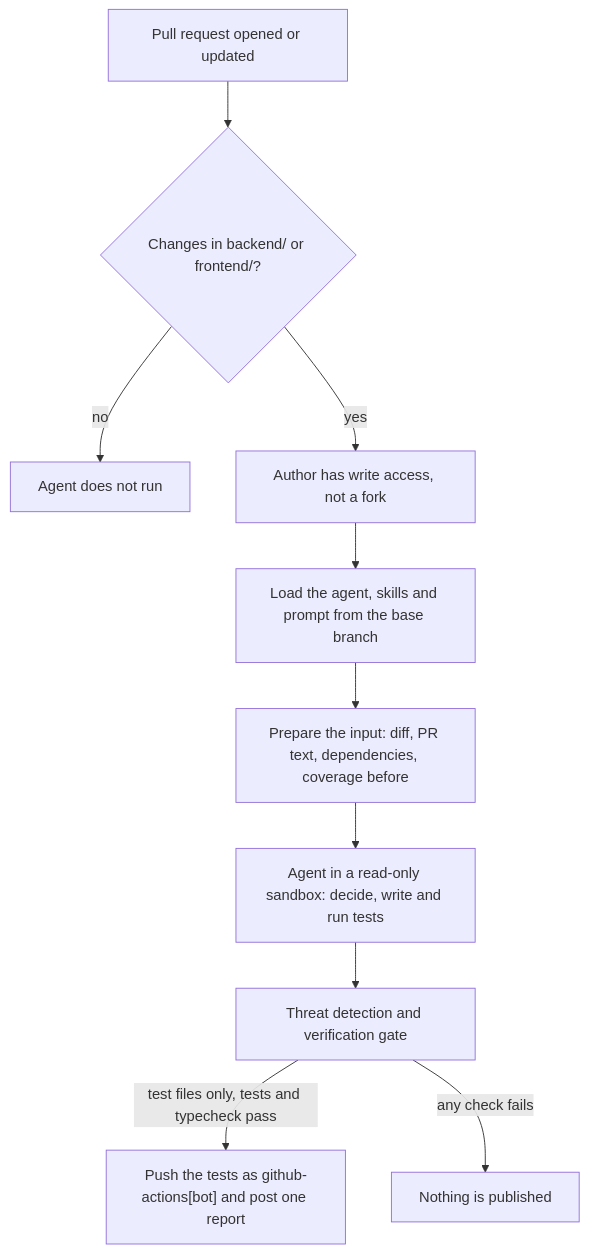
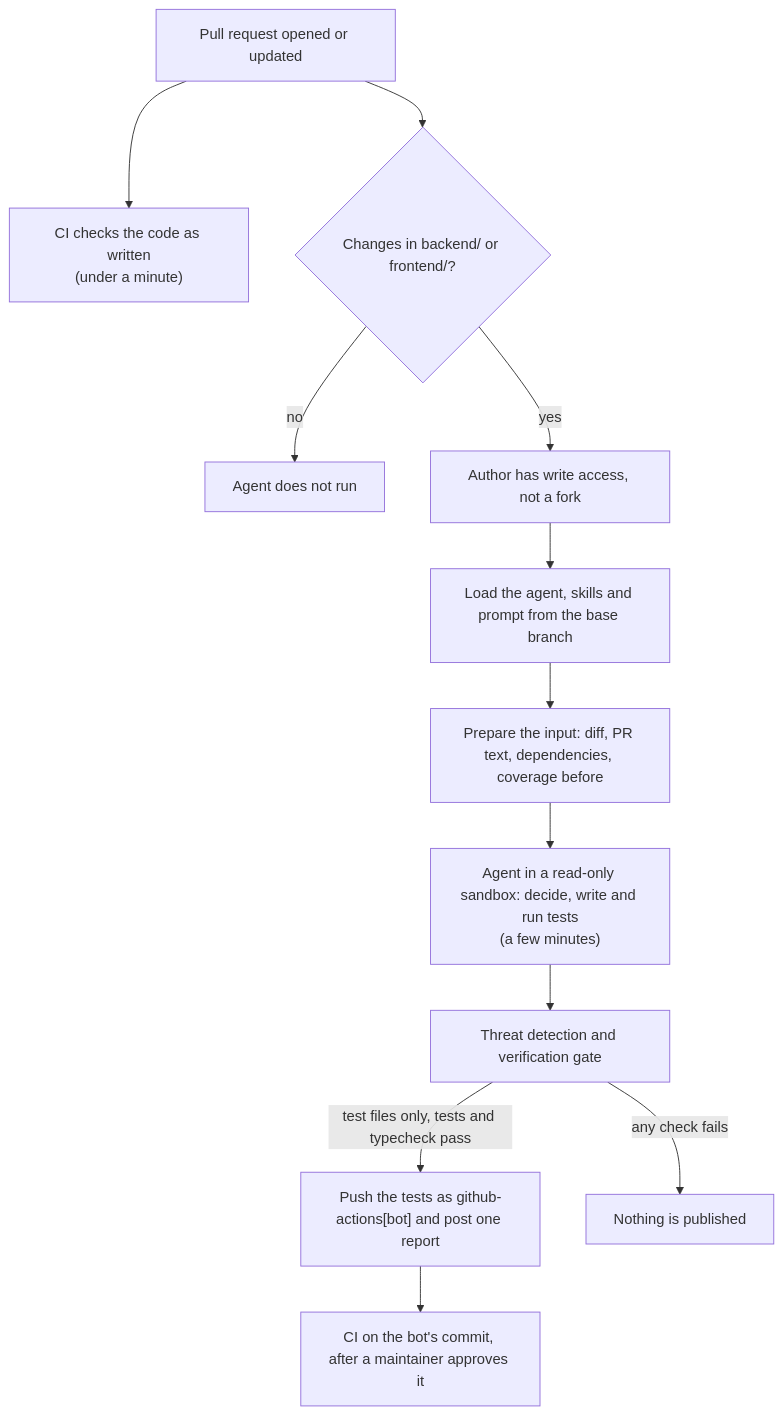
Before and after one commit to veraokhrimenko/taskly-unit-test-agent: the first of 2 diagrams in SOLUTION.md, drawn with Mermaid. The commit also changed other lines of this file, not shown here.

First line of the commit message:
docs: explain the timeline, the two checks and who does what

````diff
--- a/SOLUTION.md
+++ b/SOLUTION.md
@@ -72,12 +73,14 @@
 ```mermaid
 flowchart TD
-    PR["Pull request opened or updated"] --> F{"Changes in backend/ or frontend/?"}
+    PR["Pull request opened or updated"] --> CI["CI checks the code as written<br/>(under a minute)"]
+    PR --> F{"Changes in backend/ or frontend/?"}
     F -- no --> N["Agent does not run"]
     F -- yes --> A["Author has write access, not a fork"]
     A --> B["Load the agent, skills and prompt from the base branch"]
     B --> P["Prepare the input: diff, PR text, dependencies, coverage before"]
-    P --> G["Agent in a read-only sandbox: decide, write and run tests"]
+    P --> G["Agent in a read-only sandbox: decide, write and run tests<br/>(a few minutes)"]
     G --> D["Threat detection and verification gate"]
     D -- "test files only, tests and typecheck pass" --> S["Push the tests as github-actions[bot] and post one report"]
     D -- "any check fails" --> X["Nothing is published"]
+    S --> CI2["CI on the bot's commit, after a maintainer approves it"]
 ```
````
